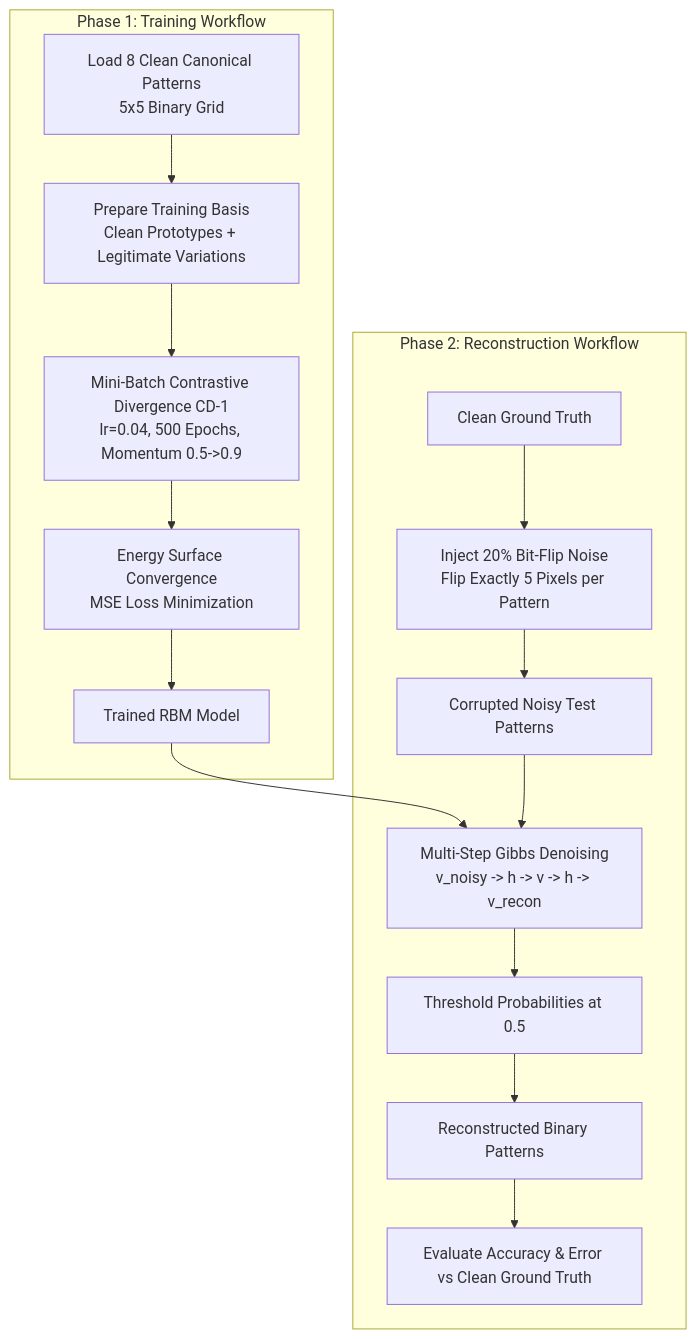
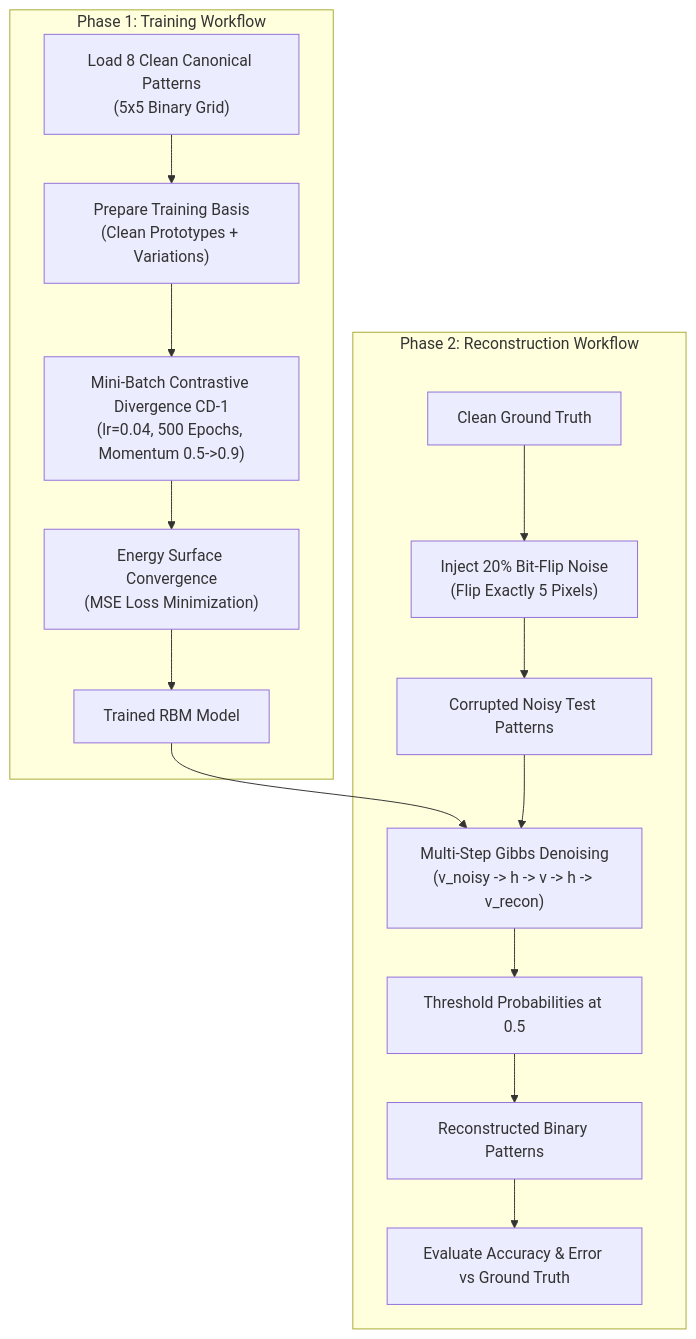
The second of 2 diagrams in README.md (rukeshsg/Binary-Pattern-Learning-Using-a-Boltzmann-Machine), drawn with Mermaid before and after one commit. The commit also changed other lines of this file, not shown here.

Commit message:
fix: correct Mermaid diagram syntax for GitHub markdown rendering

````diff
--- a/README.md
+++ b/README.md
@@ -129,19 +130,19 @@
 ```mermaid
 flowchart TD
-    subgraph Phase 1: Training Workflow
-        A[Load 8 Clean Canonical Patterns<br/>5x5 Binary Grid] --> B[Prepare Training Basis<br/>Clean Prototypes + Legitimate Variations]
-        B --> C[Mini-Batch Contrastive Divergence CD-1<br/>lr=0.04, 500 Epochs, Momentum 0.5->0.9]
-        C --> D[Energy Surface Convergence<br/>MSE Loss Minimization]
-        D --> E[Trained RBM Model]
+    subgraph Phase_1 ["Phase 1: Training Workflow"]
+        A["Load 8 Clean Canonical Patterns<br/>(5x5 Binary Grid)"] --> B["Prepare Training Basis<br/>(Clean Prototypes + Variations)"]
+        B --> C["Mini-Batch Contrastive Divergence CD-1<br/>(lr=0.04, 500 Epochs, Momentum 0.5->0.9)"]
+        C --> D["Energy Surface Convergence<br/>(MSE Loss Minimization)"]
+        D --> E["Trained RBM Model"]
     end
 
-    subgraph Phase 2: Reconstruction Workflow
-        F[Clean Ground Truth] --> G[Inject 20% Bit-Flip Noise<br/>Flip Exactly 5 Pixels per Pattern]
-        G --> H[Corrupted Noisy Test Patterns]
-        E --> I[Multi-Step Gibbs Denoising<br/>v_noisy -> h -> v -> h -> v_recon]
+    subgraph Phase_2 ["Phase 2: Reconstruction Workflow"]
+        F["Clean Ground Truth"] --> G["Inject 20% Bit-Flip Noise<br/>(Flip Exactly 5 Pixels)"]
+        G --> H["Corrupted Noisy Test Patterns"]
+        E --> I["Multi-Step Gibbs Denoising<br/>(v_noisy -> h -> v -> h -> v_recon)"]
         H --> I
-        I --> J[Threshold Probabilities at 0.5]
-        J --> K[Reconstructed Binary Patterns]
-        K --> L[Evaluate Accuracy & Error vs Clean Ground Truth]
+        I --> J["Threshold Probabilities at 0.5"]
+        J --> K["Reconstructed Binary Patterns"]
+        K --> L["Evaluate Accuracy & Error vs Ground Truth"]
     end
 ```
````
